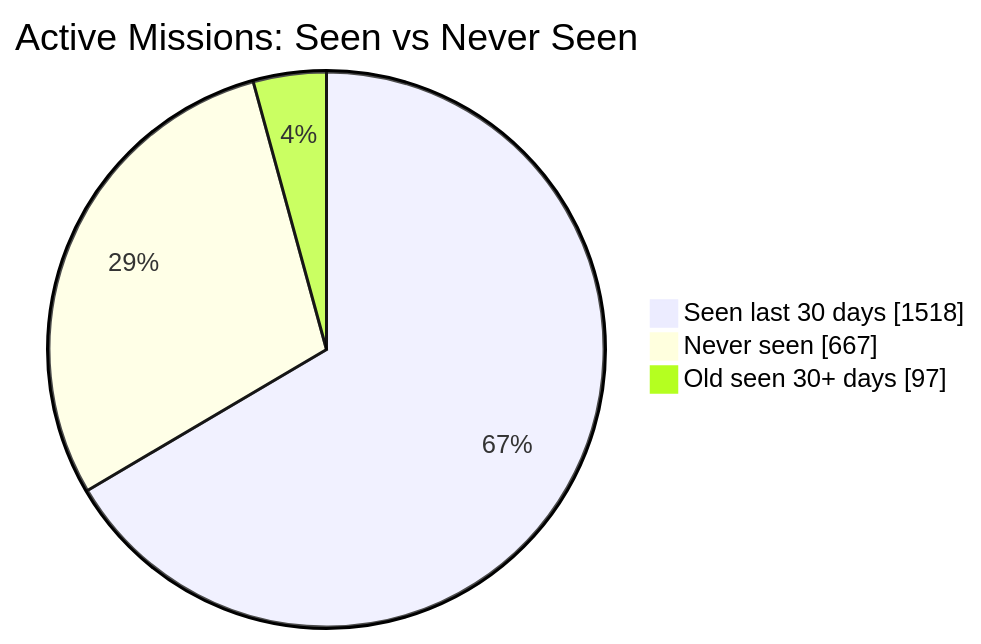
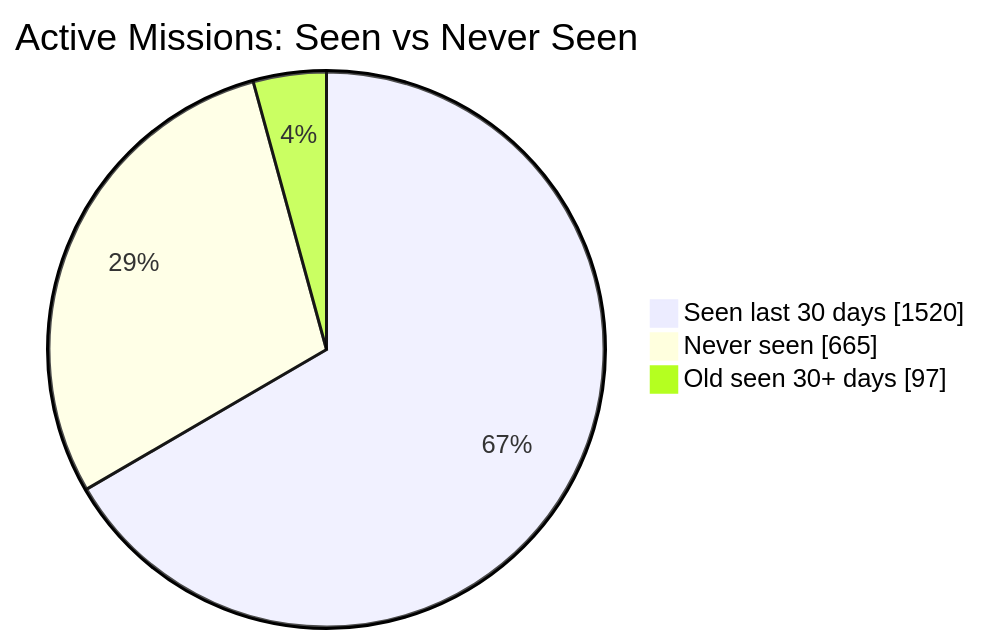
The first of 2 diagrams in README.md (MeldkamerspelGameTeam/active-missions), drawn with Mermaid before and after one commit. The commit also changed other lines of this file and 2 other files, not shown here.

````diff
--- a/README.md
+++ b/README.md
@@ -34,7 +34,7 @@
 ```mermaid
 pie showData
     title Active Missions: Seen vs Never Seen
-    "Seen last 30 days" : 1518
-    "Never seen" : 667
+    "Seen last 30 days" : 1520
+    "Never seen" : 665
     "Old seen 30+ days" : 97
 ```
````
